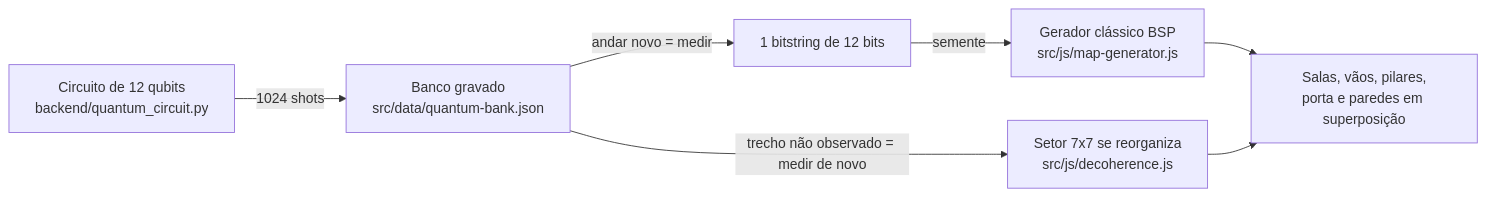
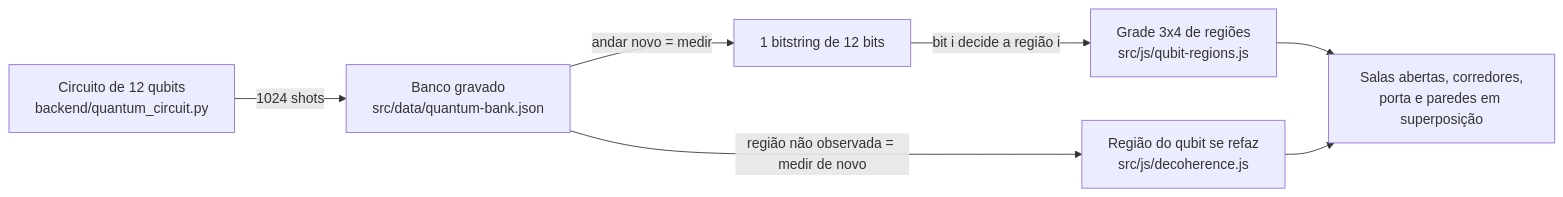
The diagram in docs/semanas/conceitos-quanticos.md (julia-lika/imersion-quantum-backrooms), drawn with Mermaid before and after one commit. The commit also changed other lines of this file and 4 other files, not shown here.

Commit message:
Slides e docs: como cada qubit vira uma região; marca o item na Semana 2

````diff
--- a/docs/semanas/conceitos-quanticos.md
+++ b/docs/semanas/conceitos-quanticos.md
@@ -15,9 +15,9 @@
 ```mermaid
 flowchart LR
   A[Circuito de 12 qubits<br/>backend/quantum_circuit.py] -->|1024 shots| B[Banco gravado<br/>src/data/quantum-bank.json]
   B -->|andar novo = medir| C[1 bitstring de 12 bits]
-  C -->|semente| D[Gerador clássico BSP<br/>src/js/map-generator.js]
-  D --> E[Salas, vãos, pilares,<br/>porta e paredes em superposição]
-  B -->|trecho não observado = medir de novo| F[Setor 7x7 se reorganiza<br/>src/js/decoherence.js]
+  C -->|bit i decide a região i| D[Grade 3x4 de regiões<br/>src/js/qubit-regions.js]
+  D --> E[Salas abertas, corredores,<br/>porta e paredes em superposição]
+  B -->|região não observada = medir de novo| F[Região do qubit se refaz<br/>src/js/decoherence.js]
   F --> E
 ```
````
